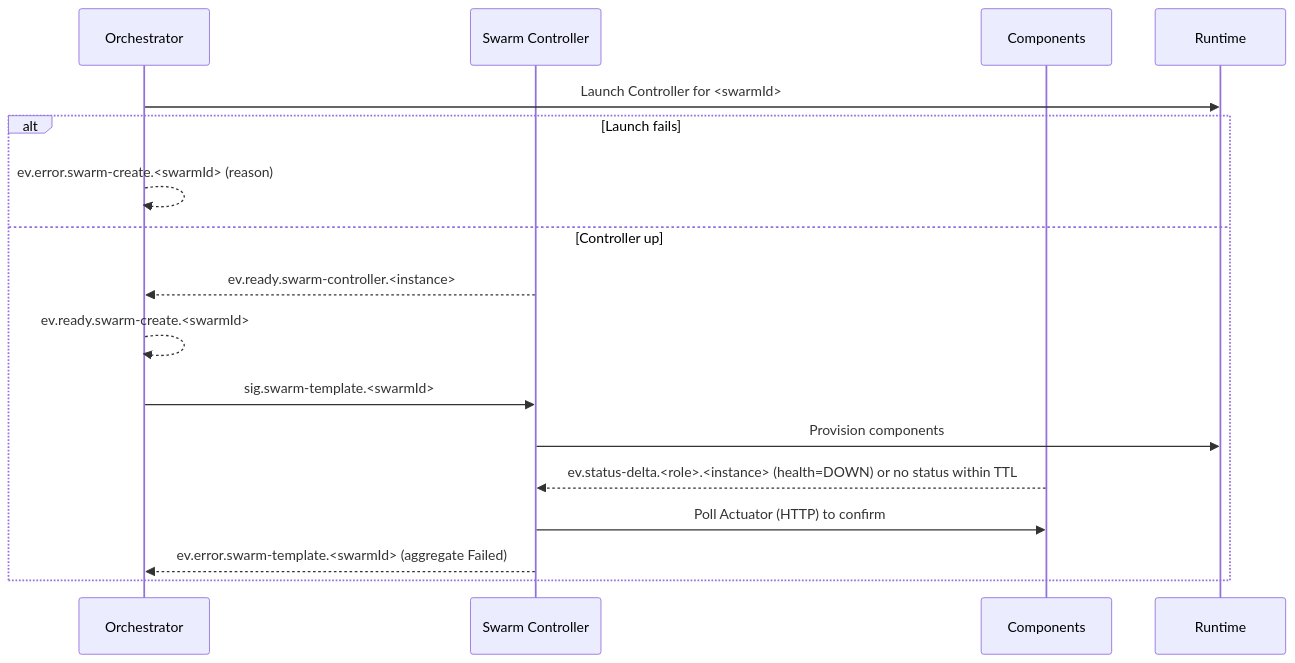
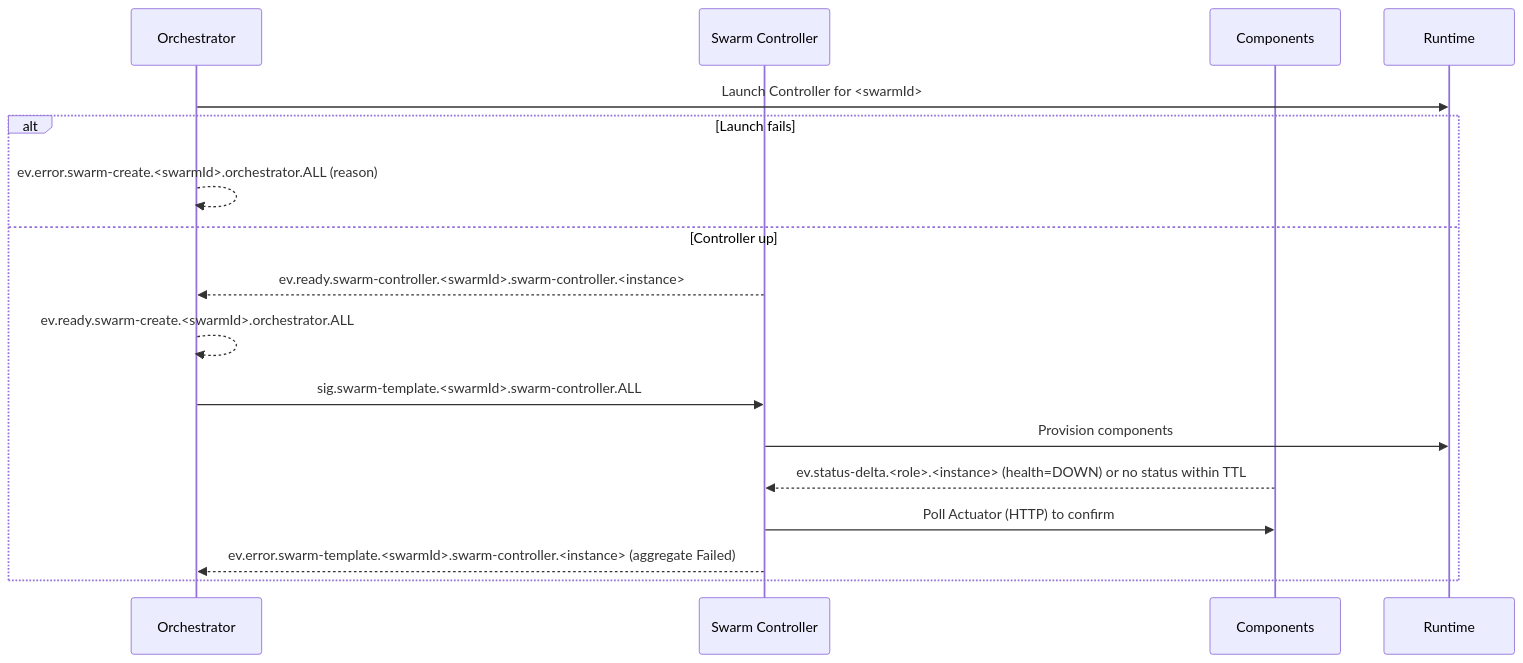
The eighth of 8 diagrams in docs/ARCHITECTURE.md (sepa79/PocketHive), drawn with Mermaid before and after one commit. The commit also changed other lines of this file and 7 other files, not shown here.

````diff
--- a/docs/ARCHITECTURE.md
+++ b/docs/ARCHITECTURE.md
@@ -243,20 +252,20 @@
 ```mermaid
 sequenceDiagram
   participant QN as Orchestrator
   participant MSH as Swarm Controller
   participant CMP as Components
   participant RT as Runtime
 
   QN->>RT: Launch Controller for <swarmId>
   alt Launch fails
-    QN-->>QN: ev.error.swarm-create.<swarmId> (reason)
+    QN-->>QN: ev.error.swarm-create.<swarmId>.orchestrator.ALL (reason)
   else Controller up
-    MSH-->>QN: ev.ready.swarm-controller.<instance>
-    QN-->>QN: ev.ready.swarm-create.<swarmId>
-    QN->>MSH: sig.swarm-template.<swarmId>
+    MSH-->>QN: ev.ready.swarm-controller.<swarmId>.swarm-controller.<instance>
+    QN-->>QN: ev.ready.swarm-create.<swarmId>.orchestrator.ALL
+    QN->>MSH: sig.swarm-template.<swarmId>.swarm-controller.ALL
     MSH->>RT: Provision components
     CMP-->>MSH: ev.status-delta.<role>.<instance> (health=DOWN) or no status within TTL
     MSH->>CMP: Poll Actuator (HTTP) to confirm
-    MSH-->>QN: ev.error.swarm-template.<swarmId> (aggregate Failed)
+    MSH-->>QN: ev.error.swarm-template.<swarmId>.swarm-controller.<instance> (aggregate Failed)
   end
 ```
````
